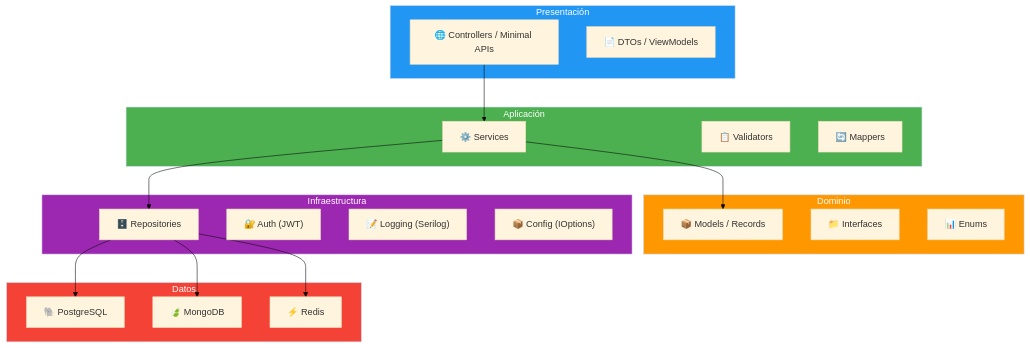
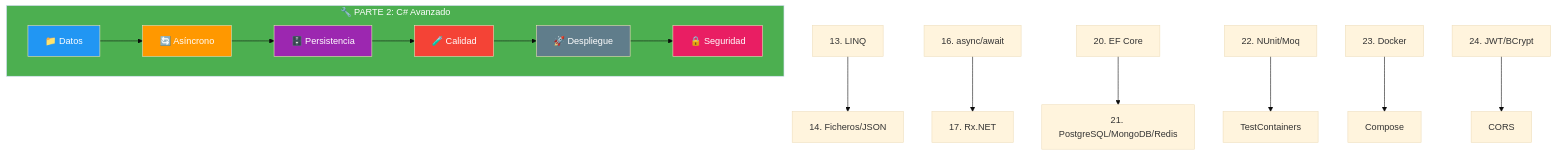
One commit to joseluisgs/DesarrolloWebEntornosServidor-01-2026-2027 changed the second of 3 diagrams in 25-resumen.md. Above: the diagram before and after it, drawn with Mermaid (base theme). The commit also changed other lines of this file and 18 other files, not shown here.

````diff
--- a/25-resumen.md
+++ b/25-resumen.md
@@ -164,45 +79,25 @@
 ```mermaid
 graph TD
-    subgraph PRESENTATION["Presentación"]
-        A["🌐 Controllers / Minimal APIs"]
-        B["📄 DTOs / ViewModels"]
+    subgraph PARTE2["🔧 PARTE 2: C# Avanzado"]
+        G["📁 Datos"] --> H["🔄 Asíncrono"]
+        H --> I["🗄️ Persistencia"]
+        I --> J["🧪 Calidad"]
+        J --> K["🚀 Despliegue"]
+        K --> L["🔒 Seguridad"]
     end
 
-    subgraph APPLICATION["Aplicación"]
-        C["⚙️ Services"]
-        D["📋 Validators"]
-        E["🔄 Mappers"]
-    end
+    G1["13. LINQ"] --> G2["14. Ficheros/JSON"]
+    H1["16. async/await"] --> H2["17. Rx.NET"]
+    I1["20. EF Core"] --> I2["21. PostgreSQL/MongoDB/Redis"]
+    J1["22. NUnit/Moq"] --> J2["TestContainers"]
+    K1["23. Docker"] --> K2["Compose"]
+    L1["24. JWT/BCrypt"] --> L2["CORS"]
 
-    subgraph DOMAIN["Dominio"]
-        F["📦 Models / Records"]
-        G["📁 Interfaces"]
-        H["📊 Enums"]
-    end
-
-    subgraph INFRASTRUCTURE["Infraestructura"]
-        I["🗄️ Repositories"]
-        J["🔐 Auth (JWT)"]
-        K["📝 Logging (Serilog)"]
-        L["📦 Config (IOptions)"]
-    end
-
-    subgraph DATA["Datos"]
-        M["🐘 PostgreSQL"]
-        N["🍃 MongoDB"]
-        O["⚡ Redis"]
-    end
-
-    A --> C
-    C --> F
-    C --> I
-    I --> M
-    I --> N
-    I --> O
-
-    style PRESENTATION fill:#2196F3,color:#fff
-    style APPLICATION fill:#4CAF50,color:#fff
-    style DOMAIN fill:#FF9800,color:#fff
-    style INFRASTRUCTURE fill:#9C27B0,color:#fff
-    style DATA fill:#f44336,color:#fff
+    style PARTE2 fill:#4CAF50,color:#fff
+    style G fill:#2196F3,color:#fff
+    style H fill:#FF9800,color:#fff
+    style I fill:#9C27B0,color:#fff
+    style J fill:#f44336,color:#fff
+    style K fill:#607D8B,color:#fff
+    style L fill:#E91E63,color:#fff
 ```
````
